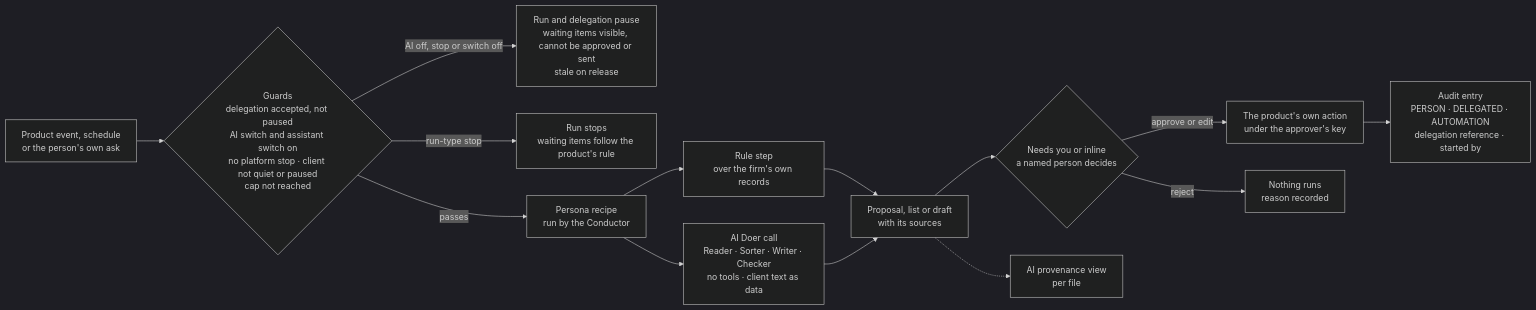
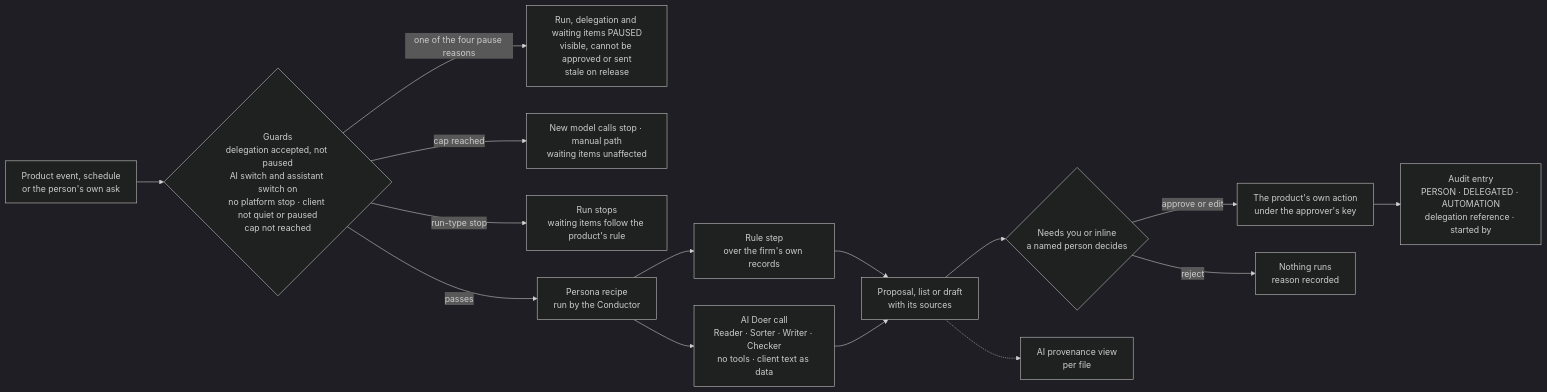
The first of 3 diagrams in ai-workers/requirements/AW-01-firm-ai-assistants_v0.1.md (ranjan-expatready/xpatready), drawn with Mermaid (dark theme) before and after one commit. The commit also changed other lines of this file and 4 other files, not shown here.

````diff
--- a/ai-workers/requirements/AW-01-firm-ai-assistants_v0.1.md
+++ b/ai-workers/requirements/AW-01-firm-ai-assistants_v0.1.md
@@ -69,16 +69,17 @@
 ```mermaid
 flowchart LR
     EV[Product event, schedule<br/>or the person's own ask] --> GU{Guards<br/>delegation accepted, not paused<br/>AI switch and assistant switch on<br/>no platform stop · client not quiet or paused<br/>cap not reached}
-    GU -->|AI off, stop or switch off| PA[Run and delegation pause<br/>waiting items visible, cannot be approved or sent<br/>stale on release]
+    GU -->|one of the four pause reasons| PA[Run, delegation and waiting items PAUSED<br/>visible, cannot be approved or sent<br/>stale on release]
+    GU -->|cap reached| CP[New model calls stop · manual path<br/>waiting items unaffected]
     GU -->|run-type stop| ST[Run stops<br/>waiting items follow the product's rule]
     GU -->|passes| RC[Persona recipe<br/>run by the Conductor]
     RC --> RU[Rule step<br/>over the firm's own records]
     RC --> AI[AI Doer call<br/>Reader · Sorter · Writer · Checker<br/>no tools · client text as data]
     RU --> PR[Proposal, list or draft<br/>with its sources]
     AI --> PR
     PR --> NY{Needs you or inline<br/>a named person decides}
     NY -->|approve or edit| AC[The product's own action<br/>under the approver's key]
     NY -->|reject| RJ[Nothing runs<br/>reason recorded]
     AC --> AU[Audit entry<br/>PERSON · DELEGATED · AUTOMATION<br/>delegation reference · started by]
     PR -.-> PV[AI provenance view<br/>per file]
 ```
````
